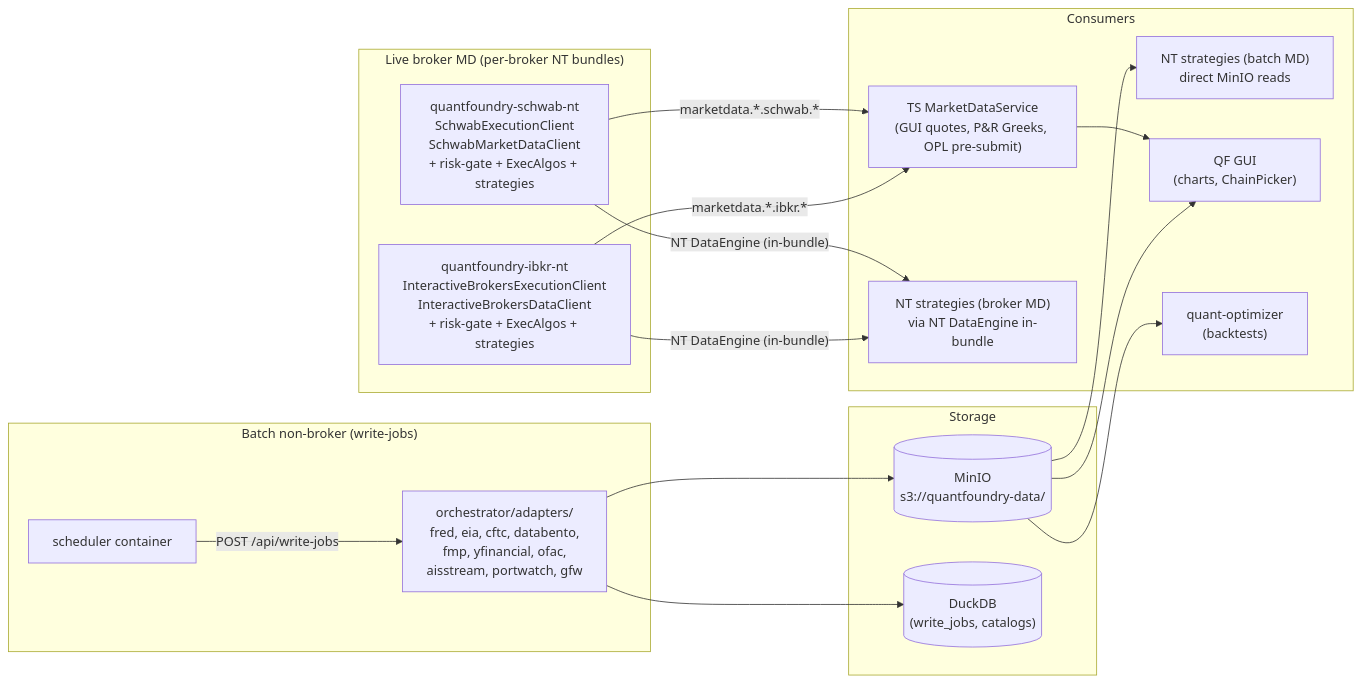
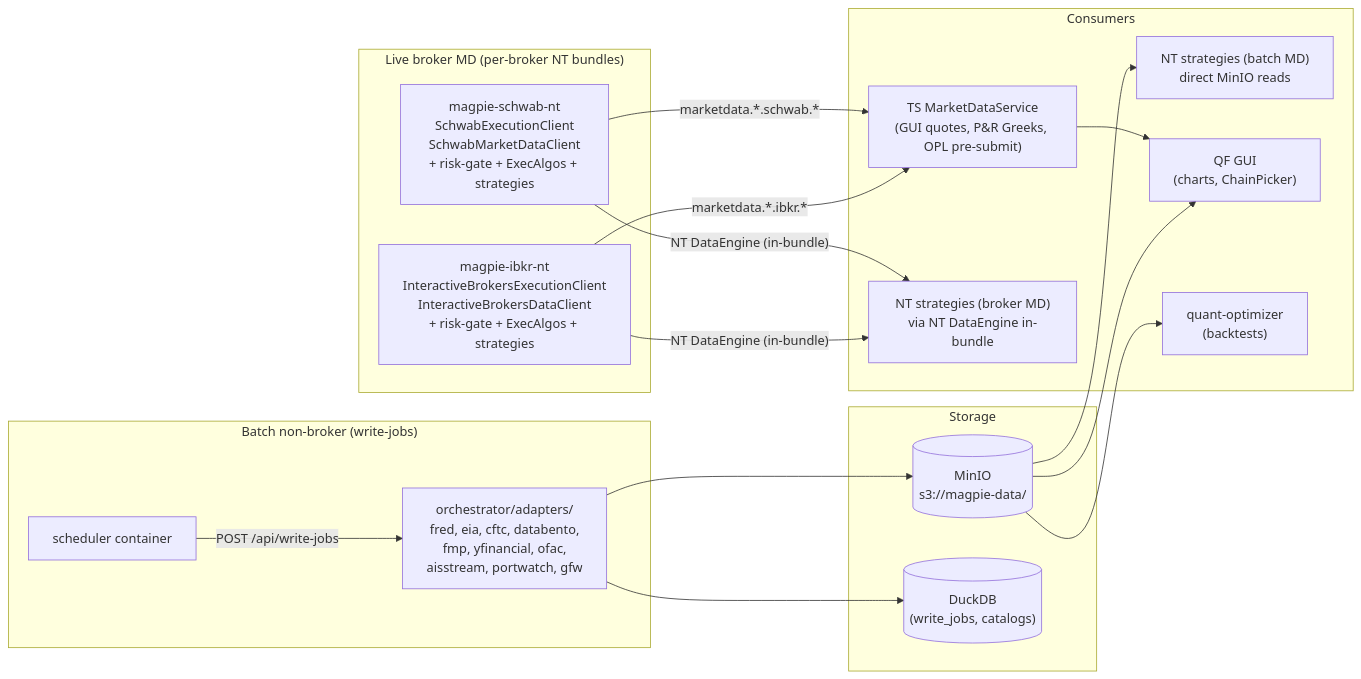
The diagram in docs/data/data-plane.md (abwagner/Magpie), drawn with Mermaid before and after one commit. The commit also changed other lines of this file and 466 other files, not shown here.

````diff
--- a/docs/data/data-plane.md
+++ b/docs/data/data-plane.md
@@ -18,37 +18,37 @@
 ```mermaid
 flowchart LR
     subgraph live["Live broker MD (per-broker NT bundles)"]
-        SCHWAB["quantfoundry-schwab-nt<br/>SchwabExecutionClient<br/>SchwabMarketDataClient<br/>+ risk-gate + ExecAlgos + strategies"]
-        IBKR["quantfoundry-ibkr-nt<br/>InteractiveBrokersExecutionClient<br/>InteractiveBrokersDataClient<br/>+ risk-gate + ExecAlgos + strategies"]
+        SCHWAB["magpie-schwab-nt<br/>SchwabExecutionClient<br/>SchwabMarketDataClient<br/>+ risk-gate + ExecAlgos + strategies"]
+        IBKR["magpie-ibkr-nt<br/>InteractiveBrokersExecutionClient<br/>InteractiveBrokersDataClient<br/>+ risk-gate + ExecAlgos + strategies"]
     end
 
     subgraph batch["Batch non-broker (write-jobs)"]
         SCHED["scheduler container"]
         ADAPT["orchestrator/adapters/<br/>fred, eia, cftc, databento,<br/>fmp, yfinancial, ofac,<br/>aisstream, portwatch, gfw"]
     end
 
     subgraph store["Storage"]
-        MINIO[("MinIO<br/>s3://quantfoundry-data/")]
+        MINIO[("MinIO<br/>s3://magpie-data/")]
         DUCK[("DuckDB<br/>(write_jobs, catalogs)")]
     end
 
     subgraph consume["Consumers"]
         MDS["TS MarketDataService<br/>(GUI quotes, P&R Greeks, OPL pre-submit)"]
         STRAT_BR["NT strategies (broker MD)<br/>via NT DataEngine in-bundle"]
         STRAT_BATCH["NT strategies (batch MD)<br/>direct MinIO reads"]
         GUI["QF GUI<br/>(charts, ChainPicker)"]
         QO["quant-optimizer<br/>(backtests)"]
     end
 
     SCHWAB -->|"NT DataEngine (in-bundle)"| STRAT_BR
     IBKR -->|"NT DataEngine (in-bundle)"| STRAT_BR
     SCHWAB -->|"marketdata.*.schwab.*"| MDS
     IBKR -->|"marketdata.*.ibkr.*"| MDS
     SCHED -->|"POST /api/write-jobs"| ADAPT
     ADAPT --> MINIO
     ADAPT --> DUCK
     MDS --> GUI
     MINIO --> STRAT_BATCH
     MINIO --> GUI
     MINIO --> QO
 ```
````
